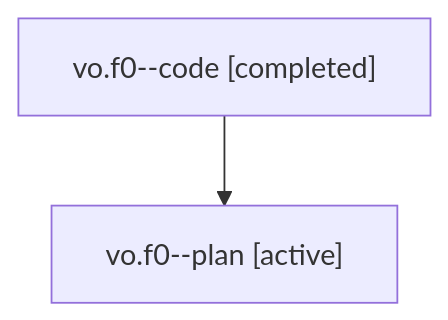
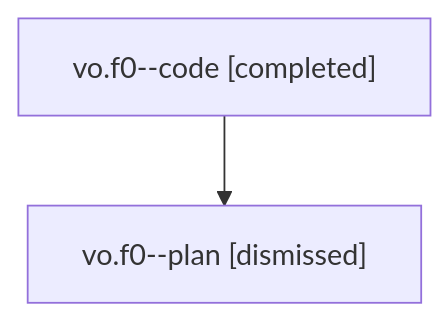
The diagram in sessions/bbugyi200.athena.vo.f0.md (sase-org/sase--agents), drawn with Mermaid before and after one commit. The commit also changed other lines of this file and 38 other files, not shown here.

````diff
--- a/sessions/bbugyi200.athena.vo.f0.md
+++ b/sessions/bbugyi200.athena.vo.f0.md
@@ -9,6 +9,6 @@
 ```mermaid
 flowchart TD
   n0["vo.f0--code [completed]"]
-  n1["vo.f0--plan [active]"]
+  n1["vo.f0--plan [dismissed]"]
   n0 --> n1
 ```
````
